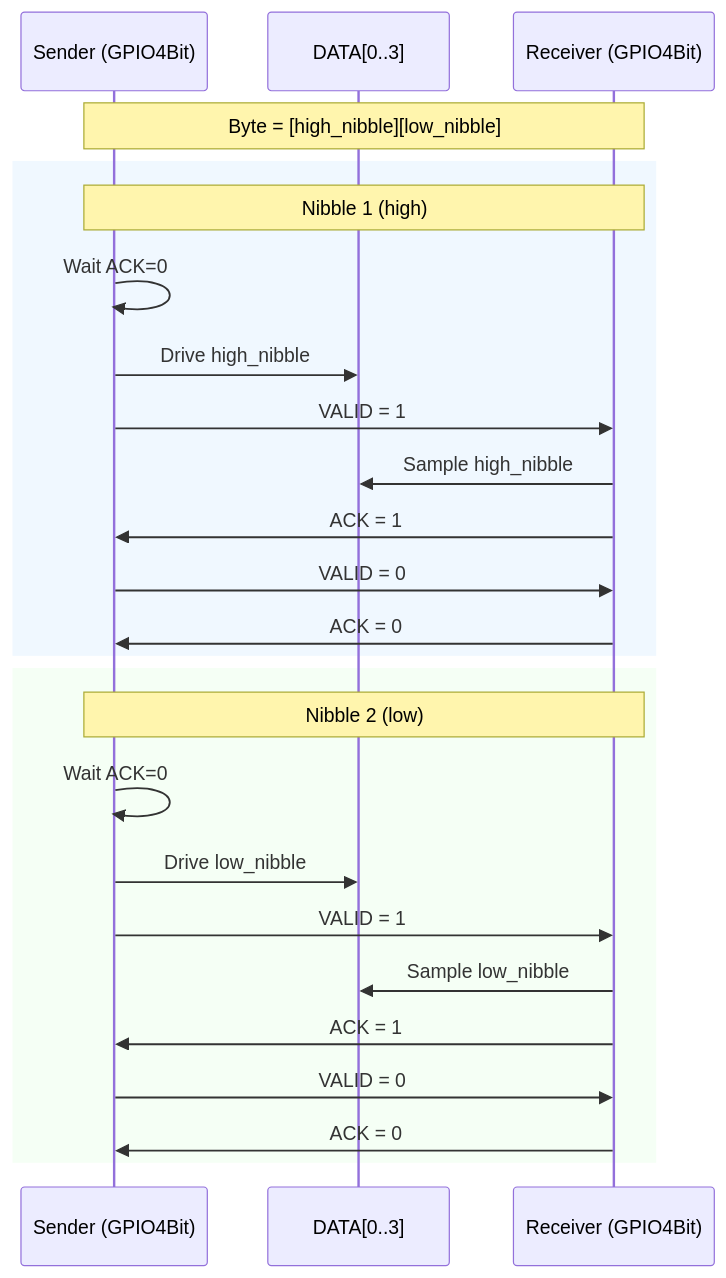
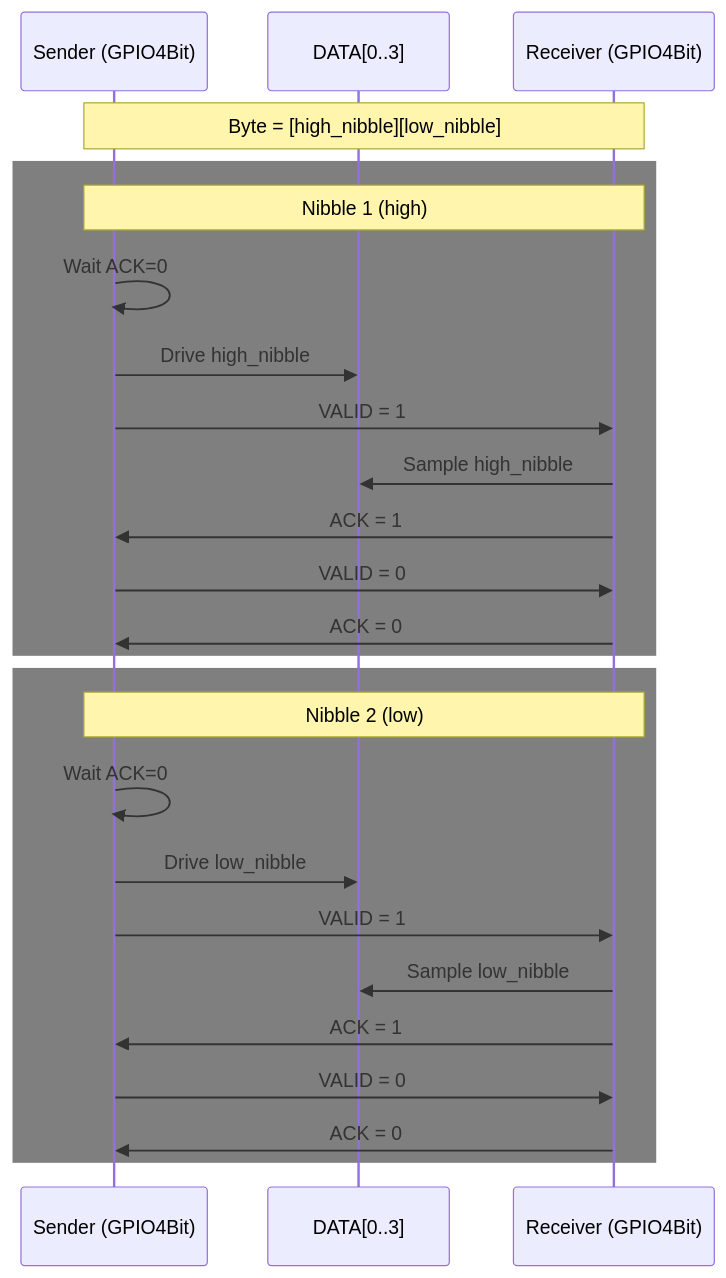
One commit to rockcat/SLAPI changed the second of 2 diagrams in GPIO protocol.md. Above: the diagram before and after it, drawn with Mermaid. The commit also changed other lines of this file and 1 other file, not shown here.

````diff
--- a/GPIO protocol.md
+++ b/GPIO protocol.md
@@ -77,30 +76,30 @@
 ```mermaid
 sequenceDiagram
 	participant S as Sender (GPIO4Bit)
 	participant B as DATA[0..3]
 	participant R as Receiver (GPIO4Bit)
 
 	Note over S,R: Byte = [high_nibble][low_nibble]
 
-	rect rgb(240, 248, 255)
+	rect rgb(127, 127, 127)
 	Note over S,R: Nibble 1 (high)
 	S->>S: Wait ACK=0
 	S->>B: Drive high_nibble
 	S->>R: VALID = 1
 	R->>B: Sample high_nibble
 	R->>S: ACK = 1
 	S->>R: VALID = 0
 	R->>S: ACK = 0
 	end
 
-	rect rgb(245, 255, 245)
+	rect rgb(127, 127, 127)
 	Note over S,R: Nibble 2 (low)
 	S->>S: Wait ACK=0
 	S->>B: Drive low_nibble
 	S->>R: VALID = 1
 	R->>B: Sample low_nibble
 	R->>S: ACK = 1
 	S->>R: VALID = 0
 	R->>S: ACK = 0
 	end
 ```
````
